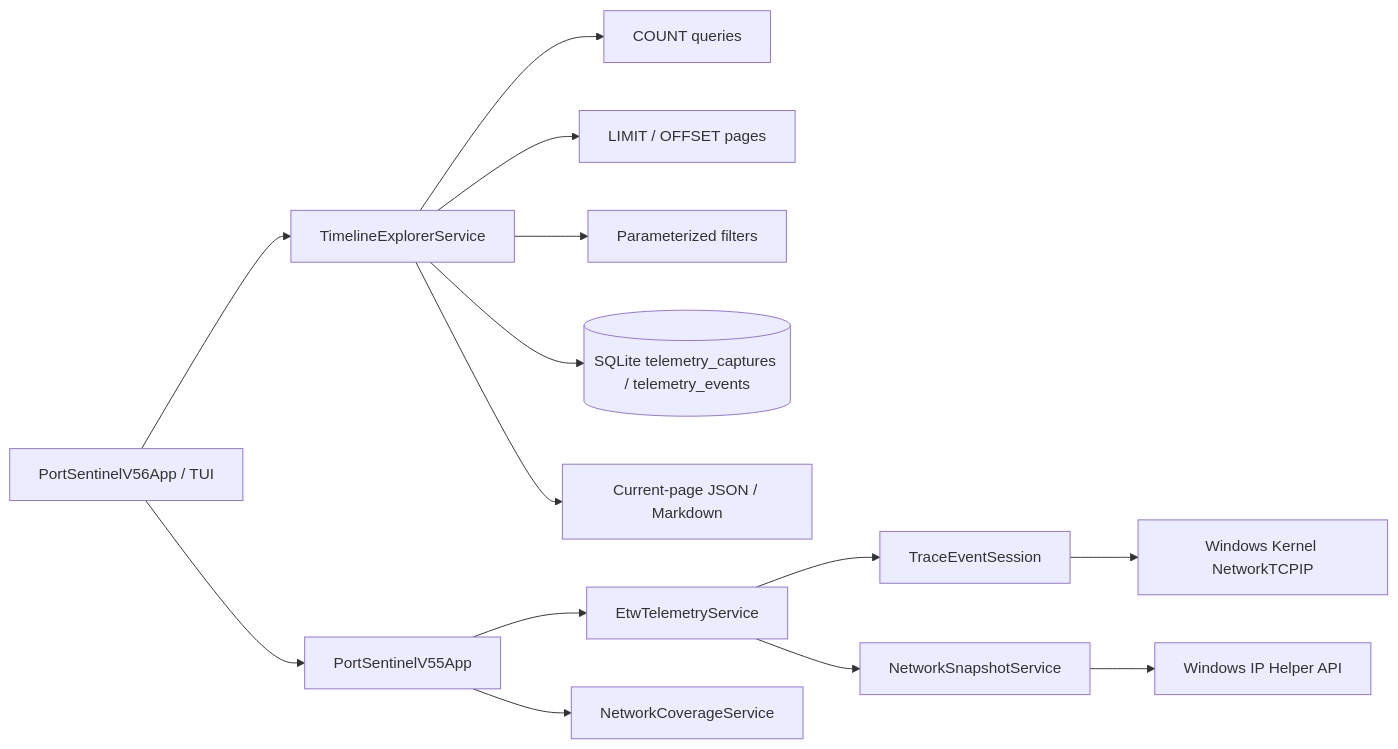
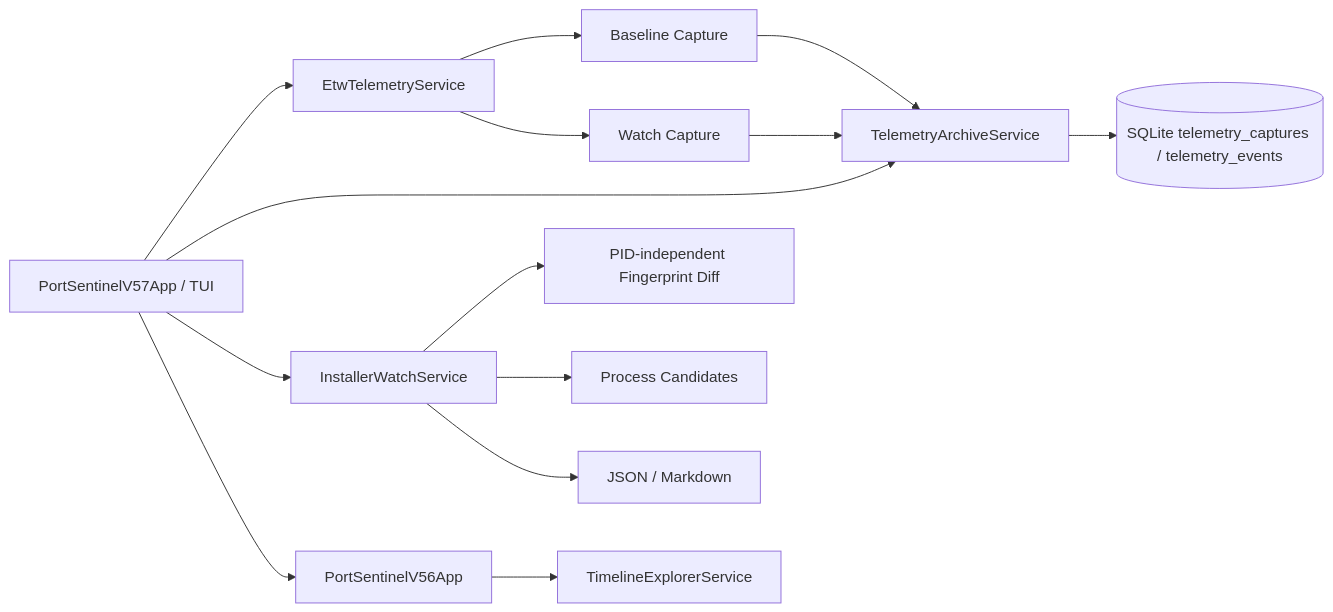
Before and after one commit to Onmaynec/PortSentinel: the diagram in docs/ARCHITECTURE.md, drawn with Mermaid. The commit also changed other lines of this file, not shown here.

Commit message:
Document installer watch architecture

````diff
--- a/docs/ARCHITECTURE.md
+++ b/docs/ARCHITECTURE.md
@@ -5,16 +5,16 @@
 ```mermaid
 flowchart LR
-    UI[PortSentinelV56App / TUI] --> TIMELINE[TimelineExplorerService]
-    TIMELINE --> COUNT[COUNT queries]
-    TIMELINE --> PAGE[LIMIT / OFFSET pages]
-    TIMELINE --> FILTERS[Parameterized filters]
-    TIMELINE --> DB[(SQLite telemetry_captures / telemetry_events)]
-    TIMELINE --> REPORTS[Current-page JSON / Markdown]
-    UI --> V55[PortSentinelV55App]
-    V55 --> ETW[EtwTelemetryService]
-    ETW --> TRACE[TraceEventSession]
-    TRACE --> KERNEL[Windows Kernel NetworkTCPIP]
-    ETW --> FALLBACK[NetworkSnapshotService]
-    FALLBACK --> IPH[Windows IP Helper API]
-    V55 --> COVERAGE[NetworkCoverageService]
+    UI[PortSentinelV57App / TUI] --> ETW[EtwTelemetryService]
+    UI --> ARCHIVE[TelemetryArchiveService]
+    ETW --> BASELINE[Baseline Capture]
+    ETW --> WATCH[Watch Capture]
+    BASELINE --> ARCHIVE
+    WATCH --> ARCHIVE
+    ARCHIVE --> DB[(SQLite telemetry_captures / telemetry_events)]
+    UI --> ANALYZER[InstallerWatchService]
+    ANALYZER --> DIFF[PID-independent Fingerprint Diff]
+    ANALYZER --> PROCESS[Process Candidates]
+    ANALYZER --> REPORTS[JSON / Markdown]
+    UI --> V56[PortSentinelV56App]
+    V56 --> TIMELINE[TimelineExplorerService]
 ```
````
